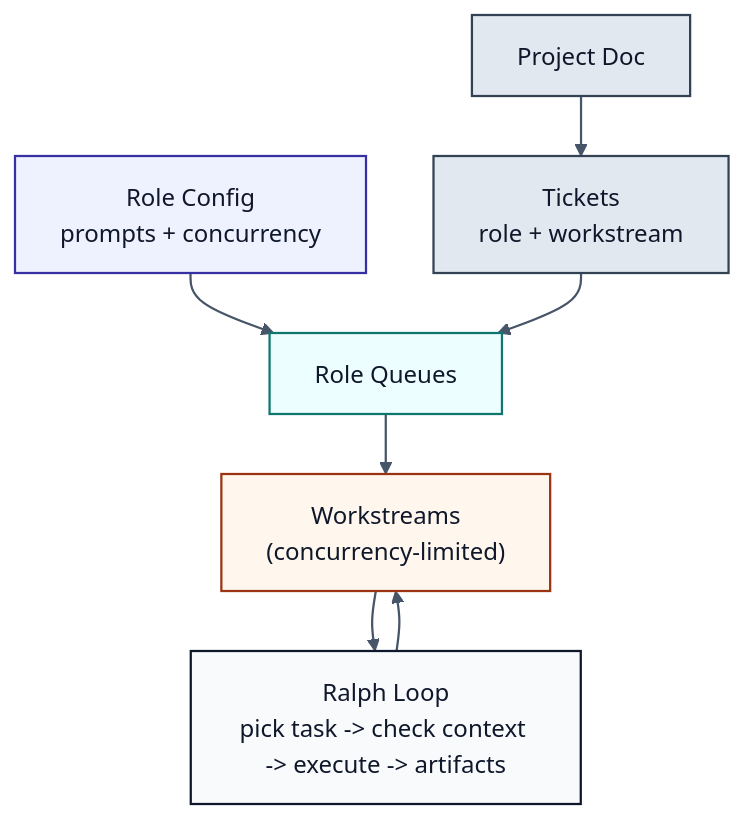
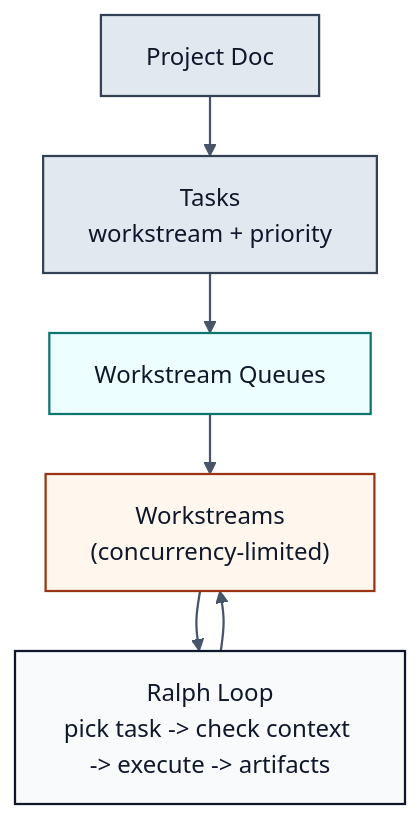
One commit to bkonkle/tanuki changed the diagram in README.md. Above: the diagram before and after it, drawn with Mermaid. The commit also changed other lines of this file and 5 other files, not shown here.

````diff
--- a/README.md
+++ b/README.md
@@ -7,20 +7,18 @@
 ```mermaid
 %%{init: {"flowchart":{"curve":"basis","nodeSpacing":45,"rankSpacing":40},"theme":"base"}}%%
 flowchart TB
   classDef core fill:#f8fafc,stroke:#0f172a,color:#0f172a,stroke-width:1.5px;
-  classDef role fill:#eef2ff,stroke:#3730a3,color:#0f172a,stroke-width:1.5px;
   classDef queue fill:#ecfeff,stroke:#0f766e,color:#0f172a,stroke-width:1.5px;
   classDef work fill:#fff7ed,stroke:#9a3412,color:#0f172a,stroke-width:1.5px;
 
-  PD[Project Doc]:::core --> TK["Tickets<br/>role + workstream"]:::core
-  RC["Role Config<br/>prompts + concurrency"]:::role --> RQ["Role Queues"]:::queue
-  TK --> RQ
+  PD[Project Doc]:::core --> TK["Tasks<br/>workstream + priority"]:::core
+  TK --> WQ["Workstream Queues"]:::queue
 
-  RQ --> WS["Workstreams<br/>(concurrency-limited)"]:::work
+  WQ --> WS["Workstreams<br/>(concurrency-limited)"]:::work
   WS --> RL["Ralph Loop<br/>pick task -> check context -> execute -> artifacts"]:::core
   RL --> WS
 
   style PD fill:#e2e8f0,stroke:#334155,color:#0f172a,stroke-width:1.5px
   style TK fill:#e2e8f0,stroke:#334155,color:#0f172a,stroke-width:1.5px
   linkStyle default stroke:#475569,stroke-width:1.5px
 ```
````
